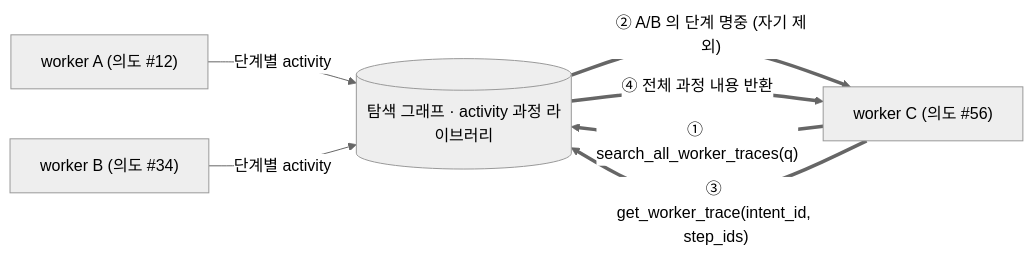
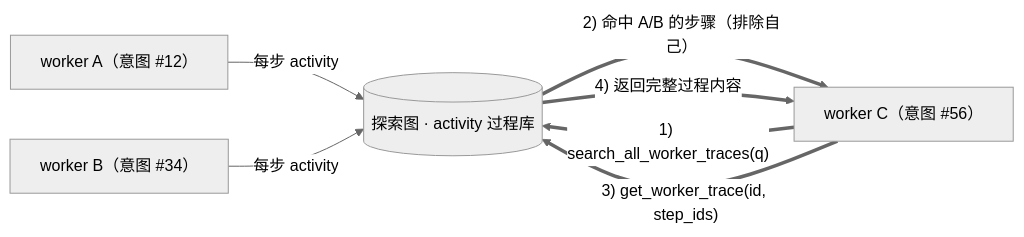
The fourth of 5 diagrams in README.md (dami9527/artex-cn), drawn with Mermaid (neutral theme) before and after one commit. The commit also changed other lines of this file and 297 other files, not shown here.

````diff
--- a/README.md
+++ b/README.md
@@ -389,9 +406,9 @@
 ```mermaid
 flowchart LR
-  WA["worker A (의도 #12)"] -->|"단계별 activity"| ACT[("탐색 그래프 · activity 과정 라이브러리")]
-  WB["worker B (의도 #34)"] -->|"단계별 activity"| ACT
-  WC["worker C (의도 #56)"] ==>|"① search_all_worker_traces(q)"| ACT
-  ACT ==>|"② A/B 의 단계 명중 (자기 제외)"| WC
-  WC ==>|"③ get_worker_trace(intent_id, step_ids)"| ACT
-  ACT ==>|"④ 전체 과정 내용 반환"| WC
+  WA["worker A（意图 #12）"] -->|"每步 activity"| ACT[("探索图 · activity 过程库")]
+  WB["worker B（意图 #34）"] -->|"每步 activity"| ACT
+  WC["worker C（意图 #56）"] ==>|"1) search_all_worker_traces(q)"| ACT
+  ACT ==>|"2) 命中 A/B 的步骤（排除自己）"| WC
+  WC ==>|"3) get_worker_trace(id, step_ids)"| ACT
+  ACT ==>|"4) 返回完整过程内容"| WC
 ```
````
